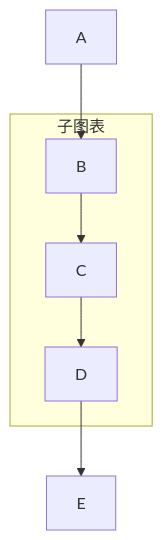
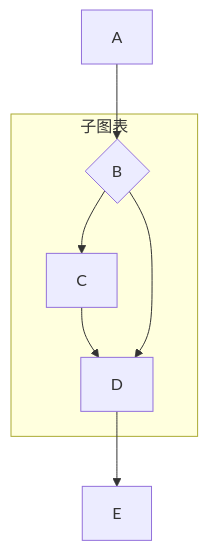
Before and after one commit to wqf31415/wqf31415.github.io: the fifth of 9 diagrams in source/_posts/markdown-中插入-mermaid-图.md, drawn with Mermaid. The commit also changed other lines of this file, not shown here.

````diff
--- a/source/_posts/markdown-中插入-mermaid-图.md
+++ b/source/_posts/markdown-中插入-mermaid-图.md
@@ -171,9 +174,10 @@
 ```mermaid
 graph TB;
-A --> B
+A --> B{B}
 	subgraph 子图表
 		B --> C
 		C --> D
+		B --> D
 	end
 D --> E
 ```
````
